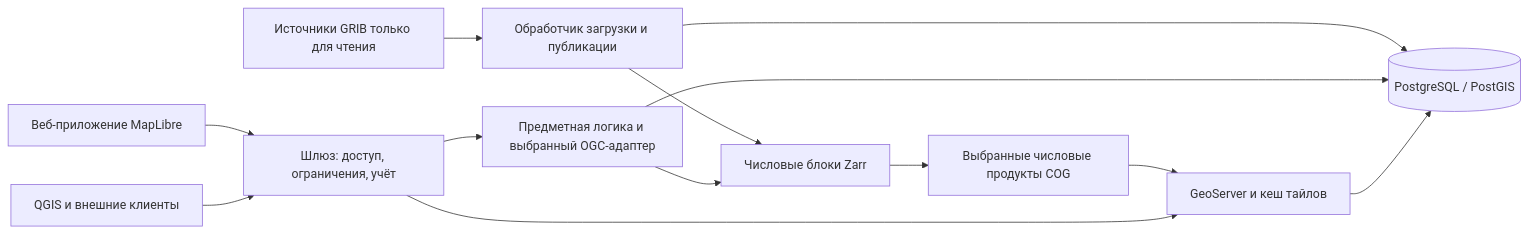
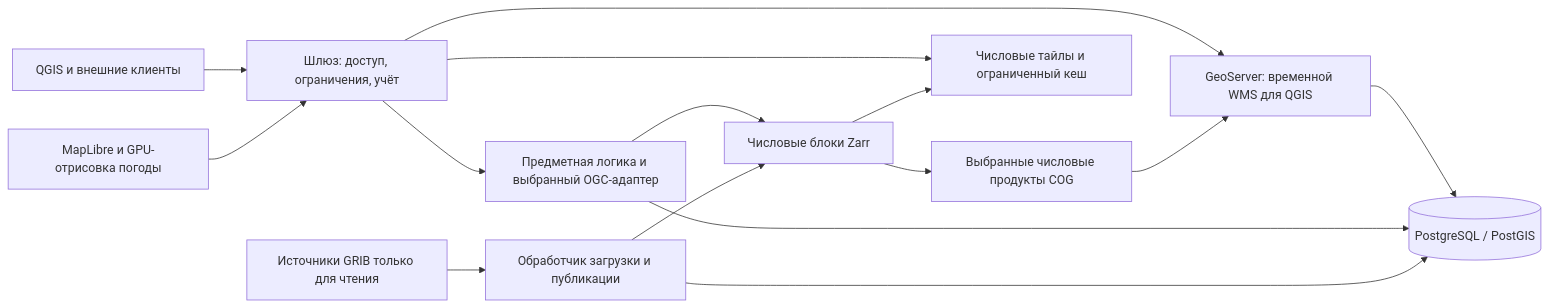
The diagram in .scratch/hmc-meteo/spec.ru.md (stepanosokin/hmc-app-prototype), drawn with Mermaid before and after one commit. The commit also changed other lines of this file and 5 other files, not shown here.

````diff
--- a/.scratch/hmc-meteo/spec.ru.md
+++ b/.scratch/hmc-meteo/spec.ru.md
@@ -36,15 +36,17 @@
 ```mermaid
 flowchart LR
     S[Источники GRIB только для чтения] --> W[Обработчик загрузки и публикации]
     W --> Z[Числовые блоки Zarr]
     Z --> D[Выбранные числовые продукты COG]
-    D --> G[GeoServer и кеш тайлов]
+    D --> G[GeoServer: временной WMS для QGIS]
+    Z --> T[Числовые тайлы и ограниченный кеш]
     W --> P[(PostgreSQL / PostGIS)]
     A[Предметная логика и выбранный OGC-адаптер] --> Z
     A --> P
     G --> P
     E[Шлюз: доступ, ограничения, учёт] --> A
     E --> G
-    B[Веб-приложение MapLibre] --> E
+    E --> T
+    B[MapLibre и GPU-отрисовка погоды] --> E
     Q[QGIS и внешние клиенты] --> E
 ```
````
